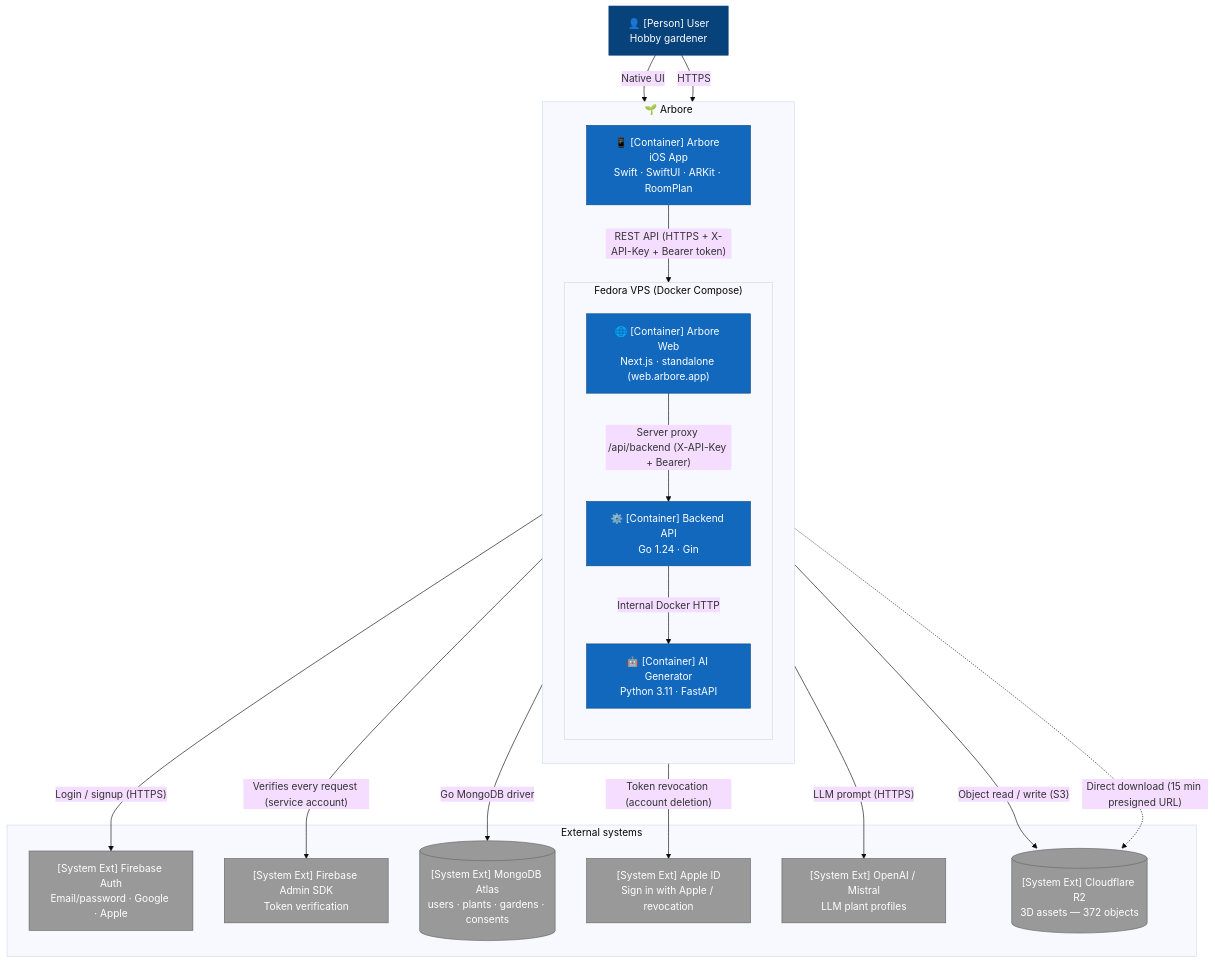
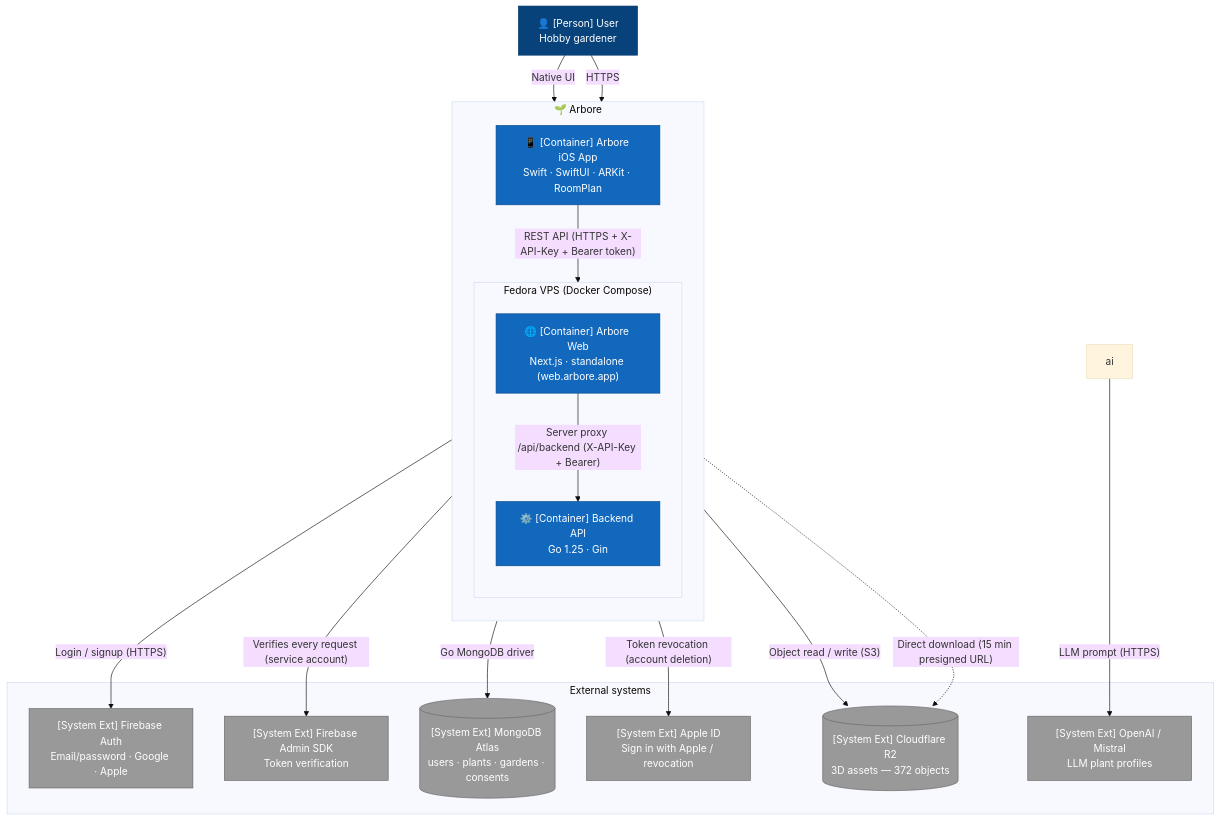
Before and after one commit to ArboreTeam/Arbore: the diagram in docs/en/architecture/02-containers.md, drawn with Mermaid (base theme). The commit also changed other lines of this file and 29 other files, not shown here.

````diff
--- a/docs/en/architecture/02-containers.md
+++ b/docs/en/architecture/02-containers.md
@@ -11,47 +11,45 @@
 ```mermaid
 flowchart TB
     user["👤 [Person] User<br/>Hobby gardener"]
 
     subgraph arbore["🌱 Arbore"]
         direction TB
         ios["📱 [Container] Arbore iOS App<br/>Swift · SwiftUI · ARKit · RoomPlan"]
 
         subgraph vps["Fedora VPS (Docker Compose)"]
             direction TB
             web["🌐 [Container] Arbore Web<br/>Next.js · standalone (web.arbore.app)"]
-            backend["⚙️ [Container] Backend API<br/>Go 1.24 · Gin"]
-            ai["🤖 [Container] AI Generator<br/>Python 3.11 · FastAPI"]
+            backend["⚙️ [Container] Backend API<br/>Go 1.25 · Gin"]
         end
     end
 
     subgraph ext["External systems"]
         firebase_auth["[System Ext] Firebase Auth<br/>Email/password · Google · Apple"]
         firebase_admin["[System Ext] Firebase Admin SDK<br/>Token verification"]
         mongo[("[System Ext] MongoDB Atlas<br/>users · plants · gardens · consents")]
         apple["[System Ext] Apple ID<br/>Sign in with Apple / revocation"]
         llm["[System Ext] OpenAI / Mistral<br/>LLM plant profiles"]
         r2[("[System Ext] Cloudflare R2<br/>3D assets — 372 objects")]
     end
 
     user -- "Native UI"  --> ios
     user -- "HTTPS"      --> web
 
     ios     -- "Login / signup (HTTPS)"                        --> firebase_auth
     ios     -- "REST API (HTTPS + X-API-Key + Bearer token)"   --> backend
     web     -- "Server proxy /api/backend (X-API-Key + Bearer)" --> backend
 
     backend -- "Verifies every request (service account)"      --> firebase_admin
     backend -- "Go MongoDB driver"                             --> mongo
     backend -- "Token revocation (account deletion)"           --> apple
-    backend -- "Internal Docker HTTP"                          --> ai
     backend -- "Object read / write (S3)"                     --> r2
     ios     -. "Direct download (15 min presigned URL)" .-> r2
     ai      -- "LLM prompt (HTTPS)"                            --> llm
 
     classDef person   fill:#08427B,stroke:#073B6F,color:#fff
     classDef cont     fill:#1168BD,stroke:#0B4884,color:#fff
     classDef ext_node fill:#999,stroke:#666,color:#fff
     class user person
-    class ios,web,backend,ai cont
+    class ios,web,backend cont
     class firebase_auth,firebase_admin,mongo,apple,llm,r2 ext_node
 ```
````
